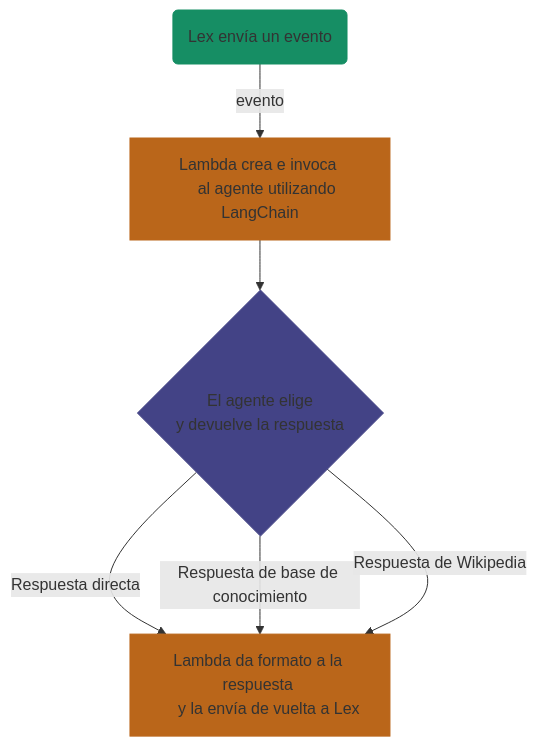
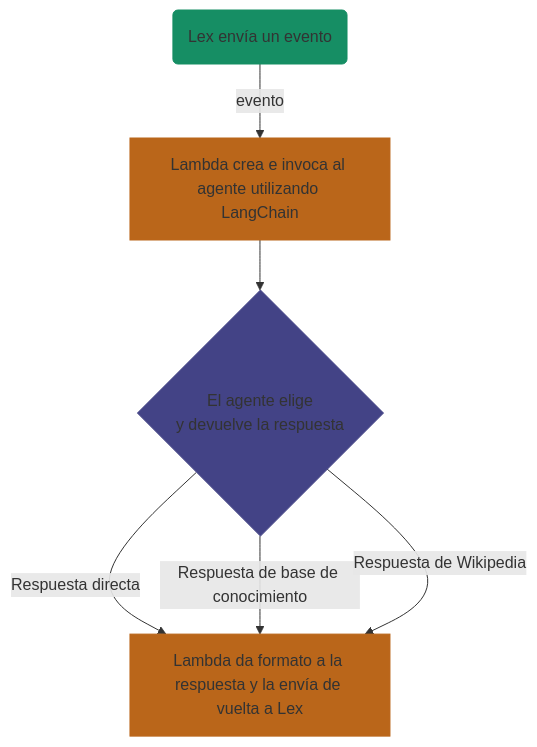
One commit to EnclaveInnovacion/AVIA changed the diagram in README.md. Above: the diagram before and after it, drawn with Mermaid.

````diff
--- a/README.md
+++ b/README.md
@@ -69,16 +69,14 @@
 ```mermaid
 flowchart TD
-    A(Lex envía un evento) -->|evento| B["Lambda crea e invoca 
-    al agente utilizando LangChain"]
+    A(Lex envía un evento) -->|evento| B["Lambda crea e invoca al agente utilizando LangChain"]
     B --> C{"El agente elige
     y devuelve la respuesta"}
-    C -->|Respuesta directa| D["Lambda da formato a la respuesta 
-    y la envía de vuelta a Lex"]
+    C -->|Respuesta directa| D["Lambda da formato a la respuesta y la envía de vuelta a Lex"]
     C -->|Respuesta de base de conocimiento| D
     C -->|Respuesta de Wikipedia| D
 
     style A stroke:#168E64, fill:#168E64
     style B stroke:#BA661A, fill:#BA661A
     style C stroke:#434386, fill:#434386
     style D stroke:#BA661A, fill:#BA661A
 ```
````
